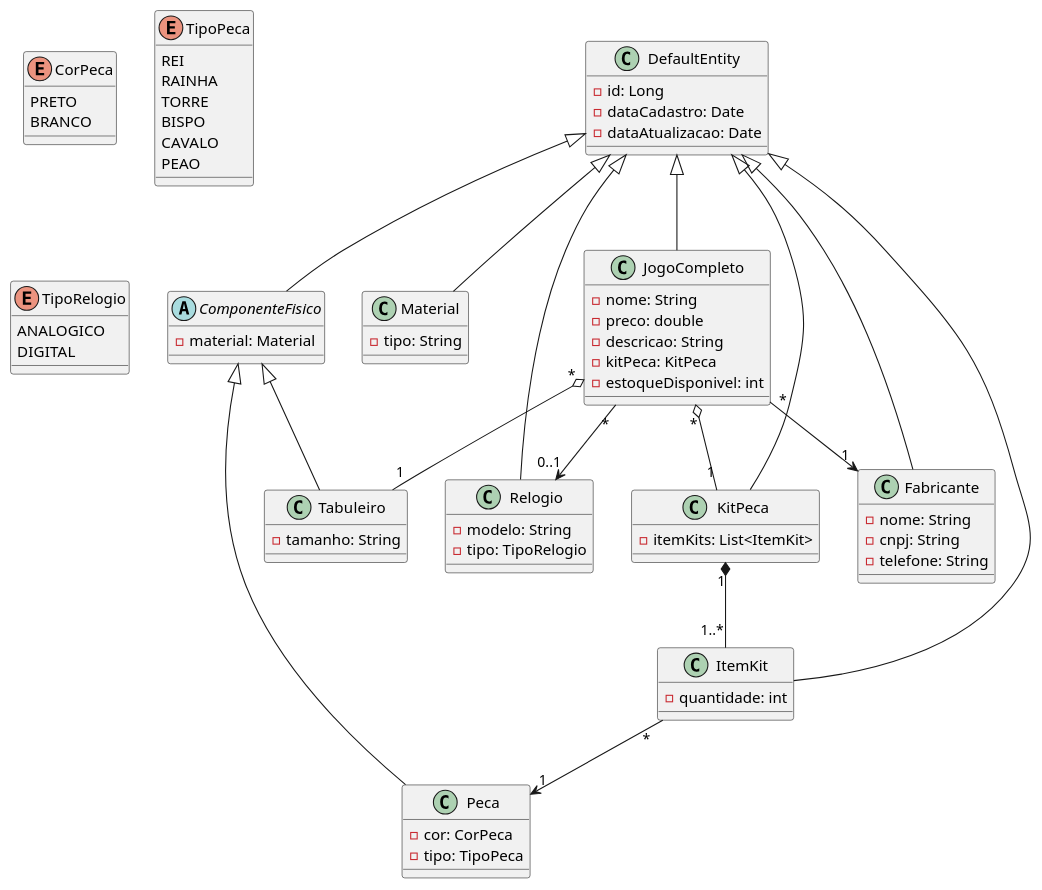
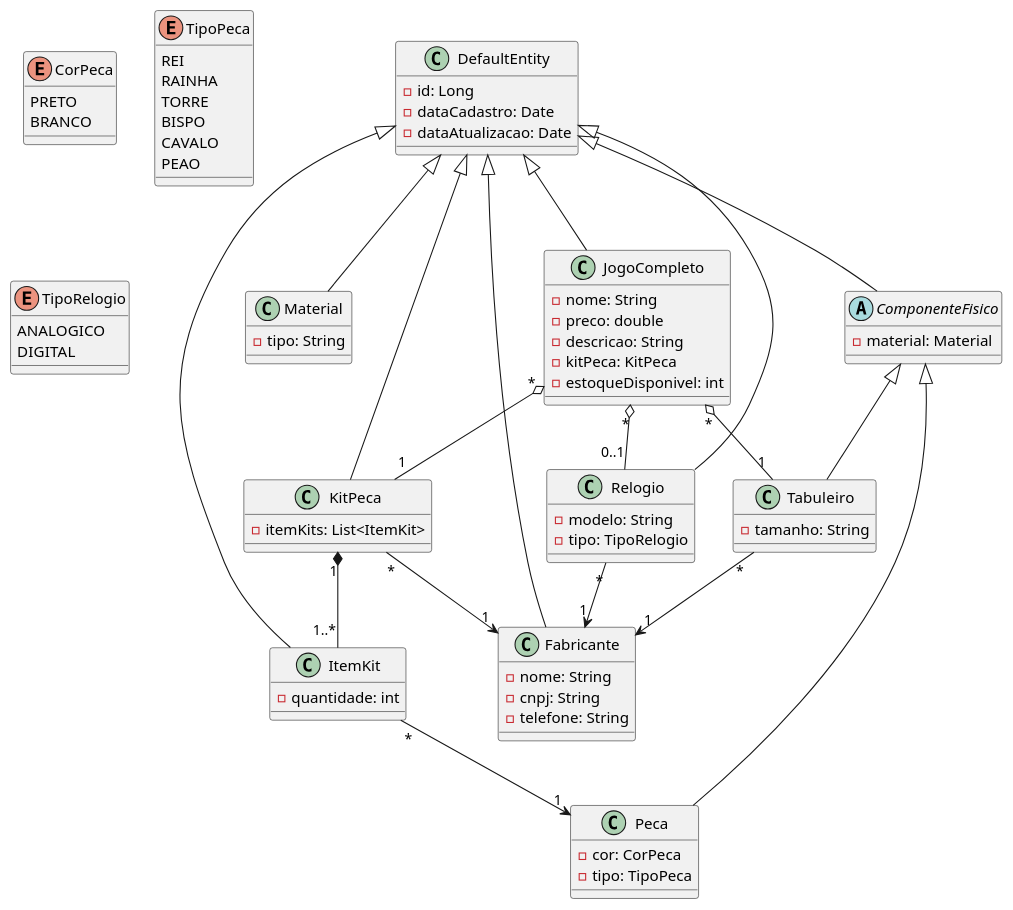
The diagram in diagramas/novoDiagramaClasses_v3.plantuml (Gus7000/xadrez_e_comerce), drawn with PlantUML before and after one commit. The commit also changed 26 other files, not shown here.

Commit message:
fabricante agora é de cada parte de jogo completo ao invez de jogo completo

```diff
--- a/diagramas/novoDiagramaClasses_v3.plantuml
+++ b/diagramas/novoDiagramaClasses_v3.plantuml
@@ -1,100 +1,101 @@
 @startuml DiagramaClassesV3
 
 class DefaultEntity{
     -id: Long
     -dataCadastro: Date
     -dataAtualizacao: Date
 }
 
 abstract class ComponenteFisico {
     -material: Material
 }
 
 enum CorPeca {
     PRETO
     BRANCO
 }
 
 class Material {
     -tipo: String
 }
 
 class Peca {
     -cor: CorPeca
     -tipo: TipoPeca
 }
 
 enum TipoPeca {
     REI
     RAINHA
     TORRE
     BISPO
     CAVALO
     PEAO
 }
 
 class Tabuleiro {
     -tamanho: String
 }
 
 class Relogio {
     -modelo: String
     -tipo: TipoRelogio
 }
 
 enum TipoRelogio {
     ANALOGICO
     DIGITAL
 }
 
 class JogoCompleto {
     -nome: String
     -preco: double
     -descricao: String
     -kitPeca: KitPeca
     -estoqueDisponivel: int
 }
 
 class KitPeca {
     -itemKits: List<ItemKit>
 }
 
 class Fabricante {
     -nome: String
     -cnpj: String
     -telefone: String
 }
 
 class ItemKit {
     -quantidade: int
 }
 
 '---------------- HERANCA ----------------
 
 DefaultEntity <|-- ComponenteFisico
 DefaultEntity <|-- Material
 DefaultEntity <|-- Relogio
 DefaultEntity <|-- JogoCompleto
 DefaultEntity <|-- KitPeca
 DefaultEntity <|-- Fabricante
 DefaultEntity <|-- ItemKit
 
 ComponenteFisico <|-- Peca
 ComponenteFisico <|-- Tabuleiro
 
 '---------------- COMPOSICAO ----------------
 
 KitPeca "1" *-- "1..*" ItemKit
 ItemKit "*" --> "1" Peca
 
 '---------------- AGREGACAO ----------------
 
 JogoCompleto "*" o-- "1" Tabuleiro
 JogoCompleto "*" o-- "1" KitPeca
+JogoCompleto "*" o-- "0..1" Relogio
 
 '---------------- ASSOCIACAO ----------------
-
-JogoCompleto "*" --> "1" Fabricante
-JogoCompleto "*" --> "0..1" Relogio
+Relogio "*" --> "1" Fabricante
+KitPeca "*" --> "1" Fabricante
+Tabuleiro "*" --> "1" Fabricante
 
 @enduml
```
